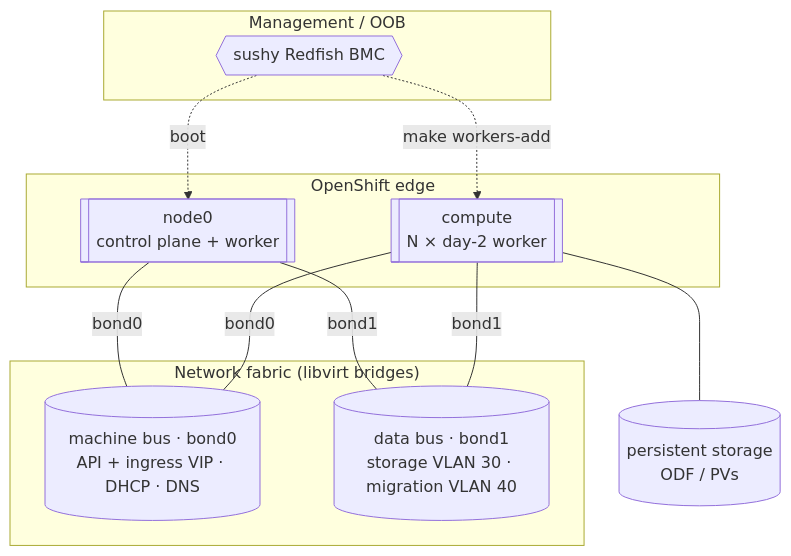
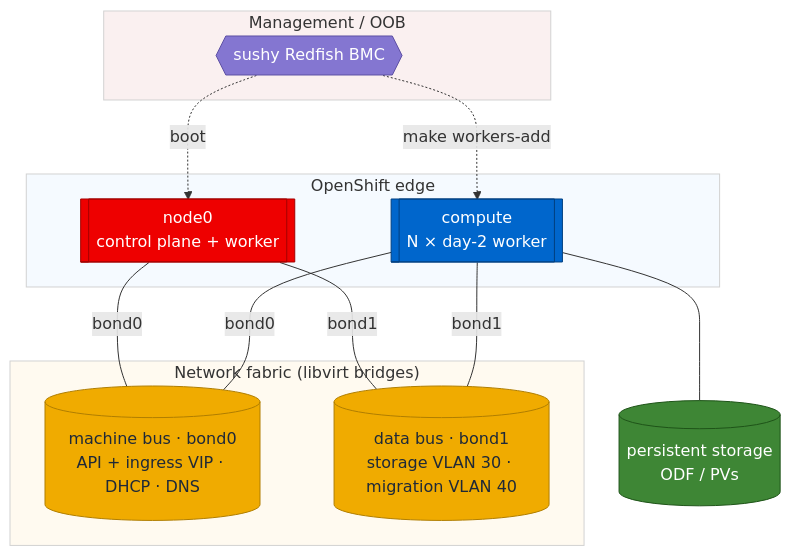
Before and after one commit to maci0/vmetal-openshift: the sixth of 10 diagrams in docs/architecture.md, drawn with Mermaid. The commit also changed other lines of this file and 14 other files, not shown here.

First line of the commit message:
docs: colour the diagrams (Red Hat refarch palette), drop beautiful-mermaid pipeline

````diff
--- a/docs/architecture.md
+++ b/docs/architecture.md
@@ -247,22 +270,31 @@
 ```mermaid
 flowchart TB
   subgraph mgmt["Management / OOB"]
     sushy{{"sushy Redfish BMC"}}
   end
   subgraph cluster["OpenShift edge"]
     cp[["node0<br/>control plane + worker"]]
     co[["compute<br/>N × day-2 worker"]]
   end
   subgraph fabric["Network fabric (libvirt bridges)"]
     mach[("machine bus · bond0<br/>API + ingress VIP · DHCP · DNS")]
     data[("data bus · bond1<br/>storage VLAN 30 · migration VLAN 40")]
   end
   store[("persistent storage<br/>ODF / PVs")]
   sushy -. boot .-> cp
   sushy -. "make workers-add" .-> co
   cp -- bond0 --- mach
   co -- bond0 --- mach
   cp -- bond1 --- data
   co -- bond1 --- data
   co --- store
+  classDef cp fill:#ee0000,stroke:#a30000,color:#fff;
+  classDef wk fill:#0066cc,stroke:#004080,color:#fff;
+  classDef bmc fill:#8476d1,stroke:#5d4fa3,color:#fff;
+  classDef net fill:#f0ab00,stroke:#b07e00,color:#1f2937;
+  classDef stor fill:#3e8635,stroke:#1f5419,color:#fff;
+  class cp cp; class co wk; class sushy bmc; class mach,data net; class store stor;
+  style mgmt fill:#faf0f0,stroke:#d2d2d2;
+  style cluster fill:#f5faff,stroke:#d2d2d2;
+  style fabric fill:#fffaf0,stroke:#d2d2d2;
 ```
````
